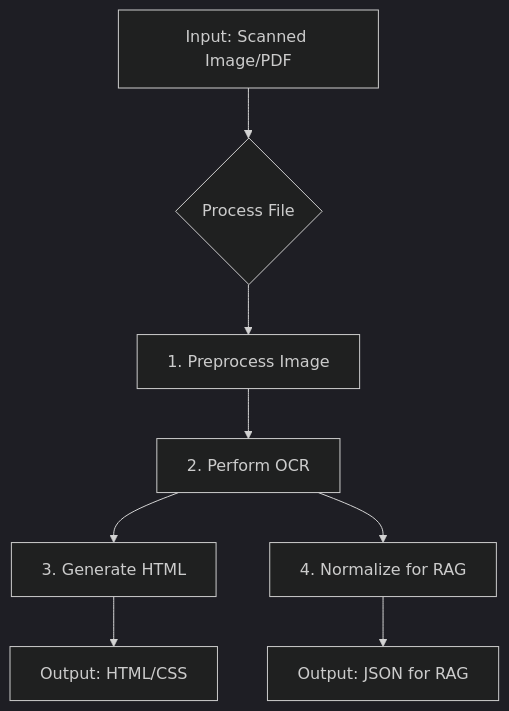
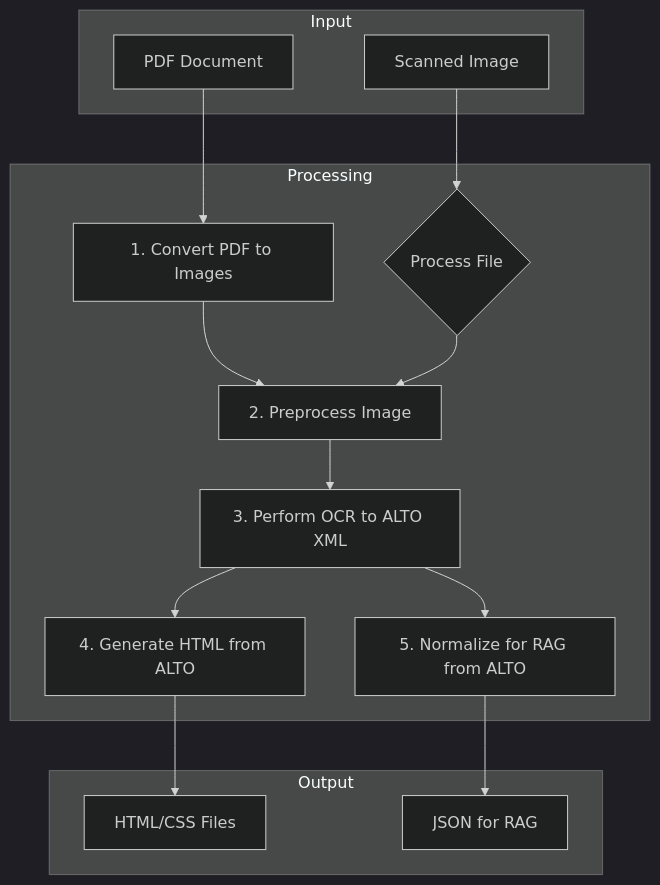
Before and after one commit to toxicoder/archive-revive: the diagram in README.md, drawn with Mermaid (dark theme).

Commit message:
I'll update the Mermaid diagram in README.md to accurately reflect the pipeline.

````diff
--- a/README.md
+++ b/README.md
@@ -15,10 +15,31 @@
 ```mermaid
 graph TD
-    A[Input: Scanned Image/PDF] --> B{Process File};
-    B --> C[1. Preprocess Image];
-    C --> D[2. Perform OCR];
-    D --> E[3. Generate HTML];
-    D --> F[4. Normalize for RAG];
-    E --> G[Output: HTML/CSS];
-    F --> H[Output: JSON for RAG];
+    subgraph Input
+        A[Scanned Image]
+        B[PDF Document]
+    end
+
+    subgraph Processing
+        C{Process File}
+        D[1. Convert PDF to Images]
+        E[2. Preprocess Image]
+        F[3. Perform OCR to ALTO XML]
+        G[4. Generate HTML from ALTO]
+        H[5. Normalize for RAG from ALTO]
+    end
+
+    subgraph Output
+        I[HTML/CSS Files]
+        J[JSON for RAG]
+    end
+
+    A --> C;
+    B --> D;
+    D --> E;
+    C --> E;
+    E --> F;
+    F --> G;
+    F --> H;
+    G --> I;
+    H --> J;
 ```
````
